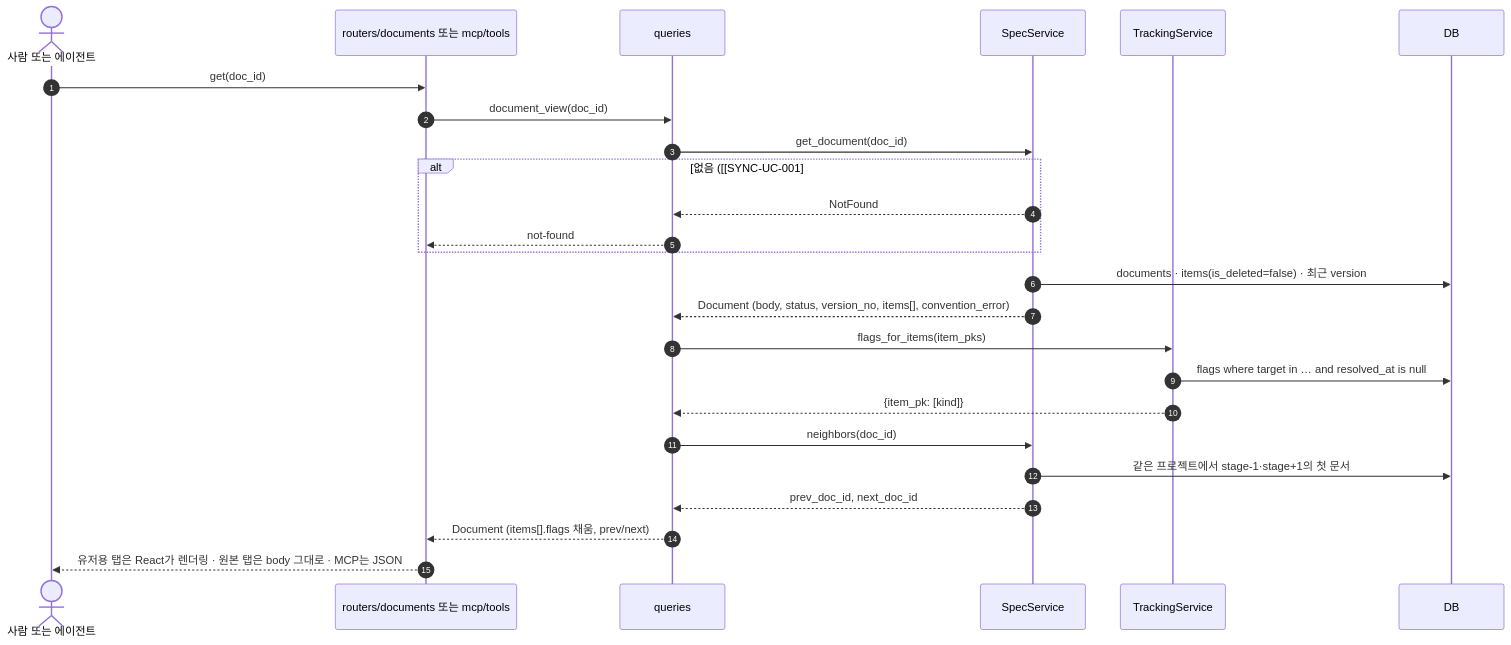
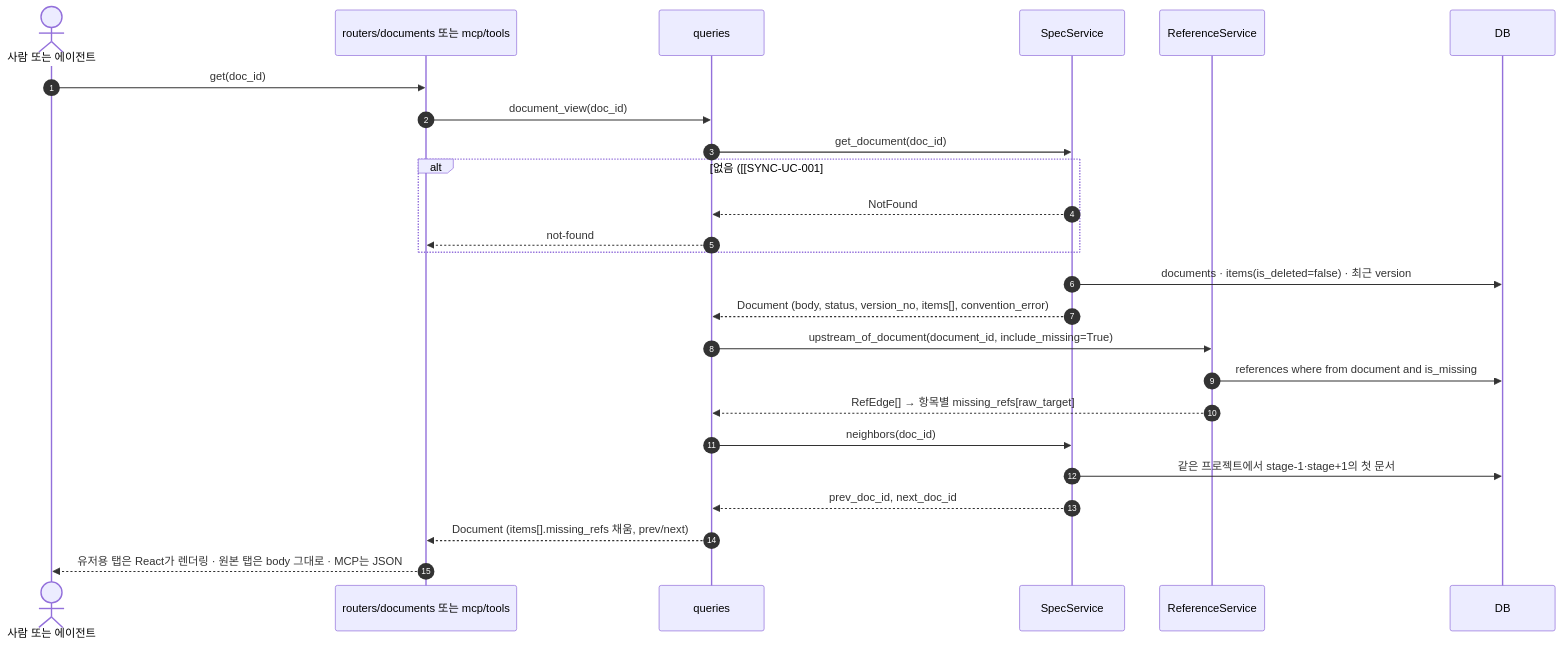
One commit to HoyoungParkme/syncdoc changed the ninth of 22 diagrams in docs/specs/09-SEQ/SYNC-SEQ-001.md. Above: the diagram before and after it, drawn with Mermaid. The commit also changed other lines of this file and 100 other files, not shown here.

````diff
--- a/docs/specs/09-SEQ/SYNC-SEQ-001.md
+++ b/docs/specs/09-SEQ/SYNC-SEQ-001.md
@@ -667,28 +511,28 @@
 ```mermaid
 sequenceDiagram
     autonumber
     actor A as 사람 또는 에이전트
     participant B as routers/documents 또는 mcp/tools
     participant Q as queries
     participant S as SpecService
-    participant TR as TrackingService
+    participant R as ReferenceService
     participant DB
 
     A->>B: get(doc_id)
     B->>Q: document_view(doc_id)
     Q->>S: get_document(doc_id)
     alt 없음 ([[SYNC-UC-001#UC-A2]] 1a)
         S-->>Q: NotFound
         Q-->>B: not-found
     end
     S->>DB: documents · items(is_deleted=false) · 최근 version
     S-->>Q: Document (body, status, version_no, items[], convention_error)
-    Q->>TR: flags_for_items(item_pks)
-    TR->>DB: flags where target in … and resolved_at is null
-    TR-->>Q: {item_pk: [kind]}
+    Q->>R: upstream_of_document(document_id, include_missing=True)
+    R->>DB: references where from document and is_missing
+    R-->>Q: RefEdge[] → 항목별 missing_refs[raw_target]
     Q->>S: neighbors(doc_id)
     S->>DB: 같은 프로젝트에서 stage-1·stage+1의 첫 문서
     S-->>Q: prev_doc_id, next_doc_id
-    Q-->>B: Document (items[].flags 채움, prev/next)
+    Q-->>B: Document (items[].missing_refs 채움, prev/next)
     B-->>A: 유저용 탭은 React가 렌더링 · 원본 탭은 body 그대로 · MCP는 JSON
 ```
````
